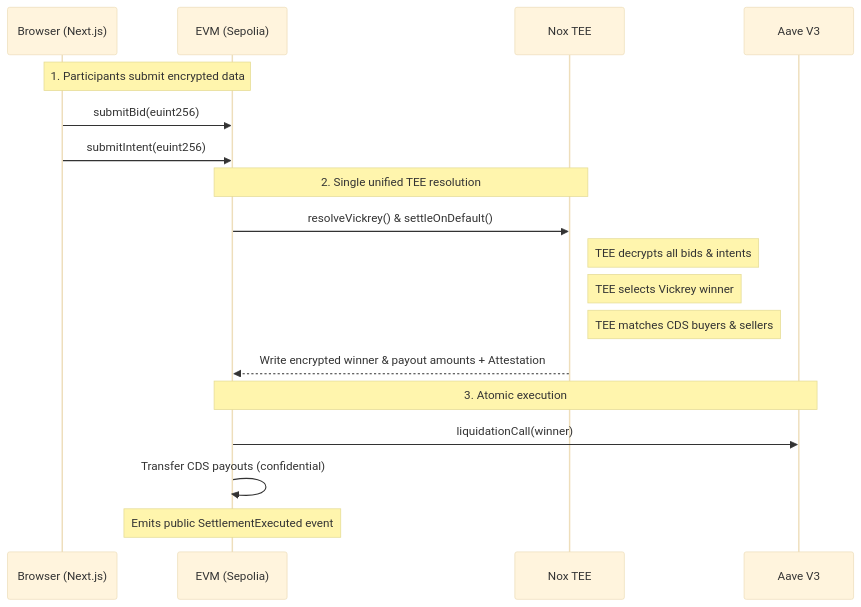
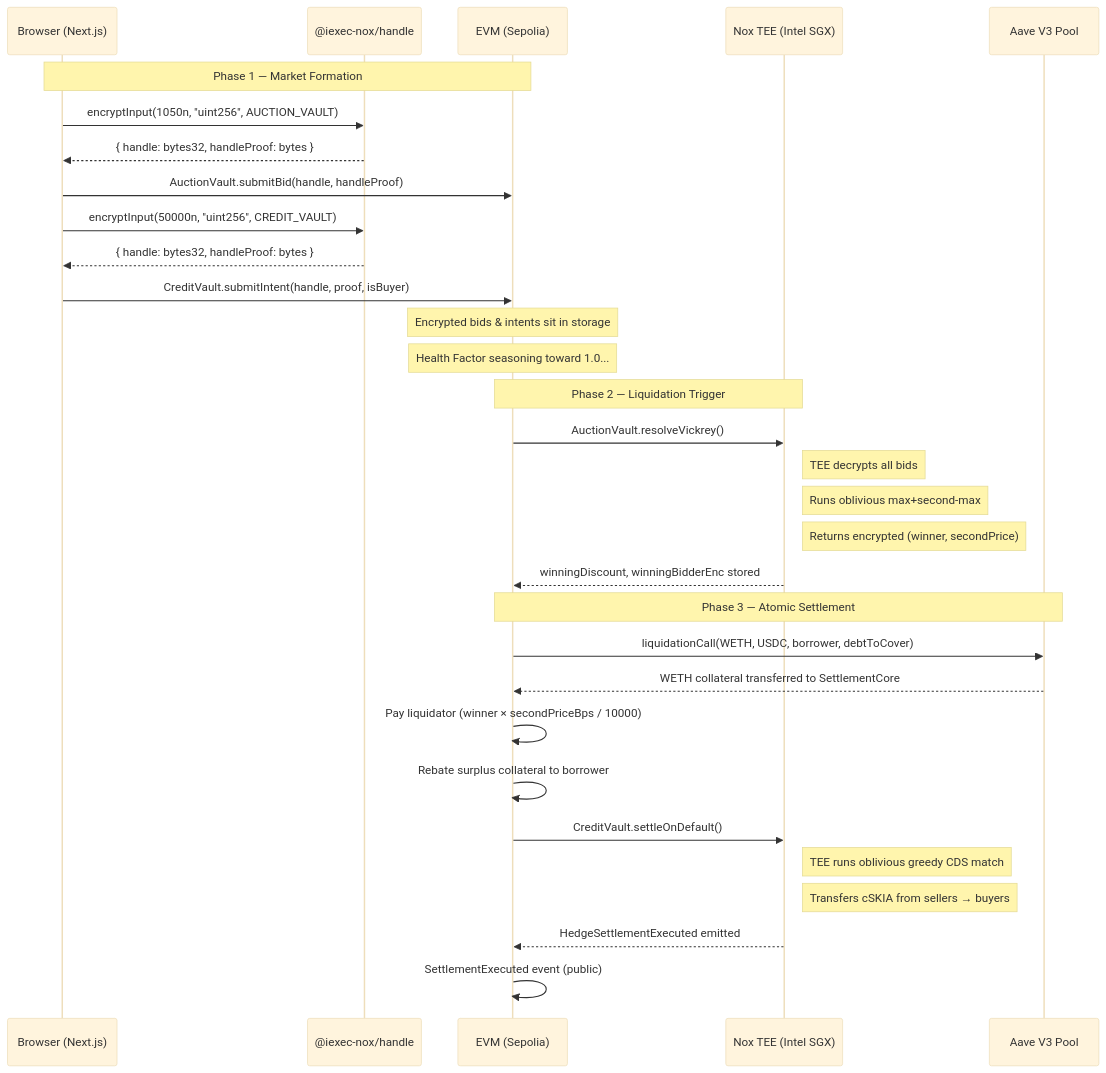
Before and after one commit to Xconmax245/Skia: the diagram in README.md, drawn with Mermaid (base theme). The commit also changed other lines of this file, not shown here.

Commit message:
docs: comprehensively expand README with architecture, TEE flows, and security assumptions

````diff
--- a/README.md
+++ b/README.md
@@ -28,23 +81,43 @@
 ```mermaid
 sequenceDiagram
-    participant B as Browser (Next.js)
-    participant C as EVM (Sepolia)
-    participant T as Nox TEE
-    participant A as Aave V3
+    participant Browser as Browser (Next.js)
+    participant Nox_SDK as @iexec-nox/handle
+    participant EVM as EVM (Sepolia)
+    participant TEE as Nox TEE (Intel SGX)
+    participant Aave as Aave V3 Pool
 
-    note over B,C: 1. Participants submit encrypted data
-    B->>C: submitBid(euint256)
-    B->>C: submitIntent(euint256)
-    
-    note over C,T: 2. Single unified TEE resolution
-    C->>T: resolveVickrey() & settleOnDefault()
-    note right of T: TEE decrypts all bids & intents
-    note right of T: TEE selects Vickrey winner
-    note right of T: TEE matches CDS buyers & sellers
-    T-->>C: Write encrypted winner & payout amounts + Attestation
-    
-    note over C,A: 3. Atomic execution
-    C->>A: liquidationCall(winner)
-    C->>C: Transfer CDS payouts (confidential)
-    note over C: Emits public SettlementExecuted event
+    note over Browser,EVM: Phase 1 — Market Formation
+
+    Browser->>Nox_SDK: encryptInput(1050n, "uint256", AUCTION_VAULT)
+    Nox_SDK-->>Browser: { handle: bytes32, handleProof: bytes }
+    Browser->>EVM: AuctionVault.submitBid(handle, handleProof)
+
+    Browser->>Nox_SDK: encryptInput(50000n, "uint256", CREDIT_VAULT)
+    Nox_SDK-->>Browser: { handle: bytes32, handleProof: bytes }
+    Browser->>EVM: CreditVault.submitIntent(handle, proof, isBuyer)
+
+    note over EVM: Encrypted bids & intents sit in storage
+    note over EVM: Health Factor seasoning toward 1.0...
+
+    note over EVM,TEE: Phase 2 — Liquidation Trigger
+
+    EVM->>TEE: AuctionVault.resolveVickrey()
+    note right of TEE: TEE decrypts all bids
+    note right of TEE: Runs oblivious max+second-max
+    note right of TEE: Returns encrypted (winner, secondPrice)
+    TEE-->>EVM: winningDiscount, winningBidderEnc stored
+
+    note over EVM,Aave: Phase 3 — Atomic Settlement
+
+    EVM->>Aave: liquidationCall(WETH, USDC, borrower, debtToCover)
+    Aave-->>EVM: WETH collateral transferred to SettlementCore
+    EVM->>EVM: Pay liquidator (winner × secondPriceBps / 10000)
+    EVM->>EVM: Rebate surplus collateral to borrower
+
+    EVM->>TEE: CreditVault.settleOnDefault()
+    note right of TEE: TEE runs oblivious greedy CDS match
+    note right of TEE: Transfers cSKIA from sellers → buyers
+    TEE-->>EVM: HedgeSettlementExecuted emitted
+
+    EVM->>EVM: SettlementExecuted event (public)
 ```
````
